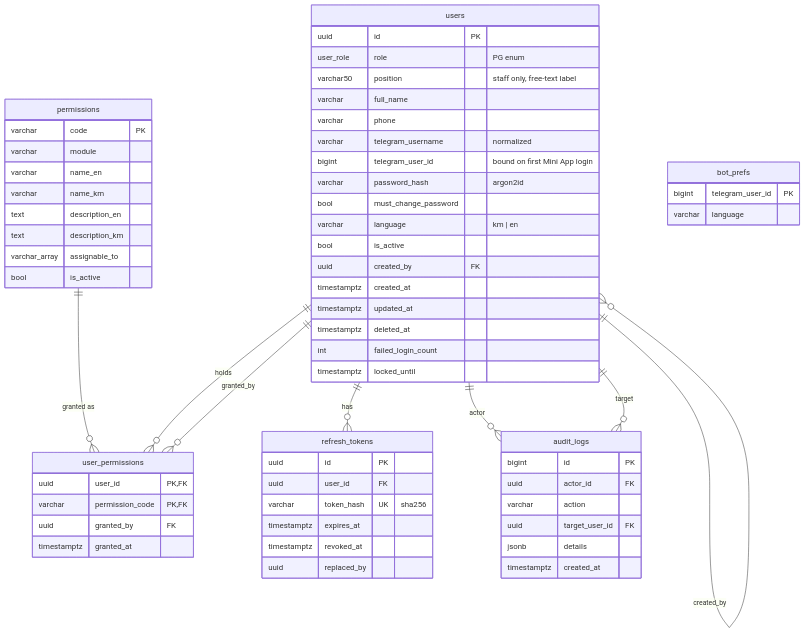
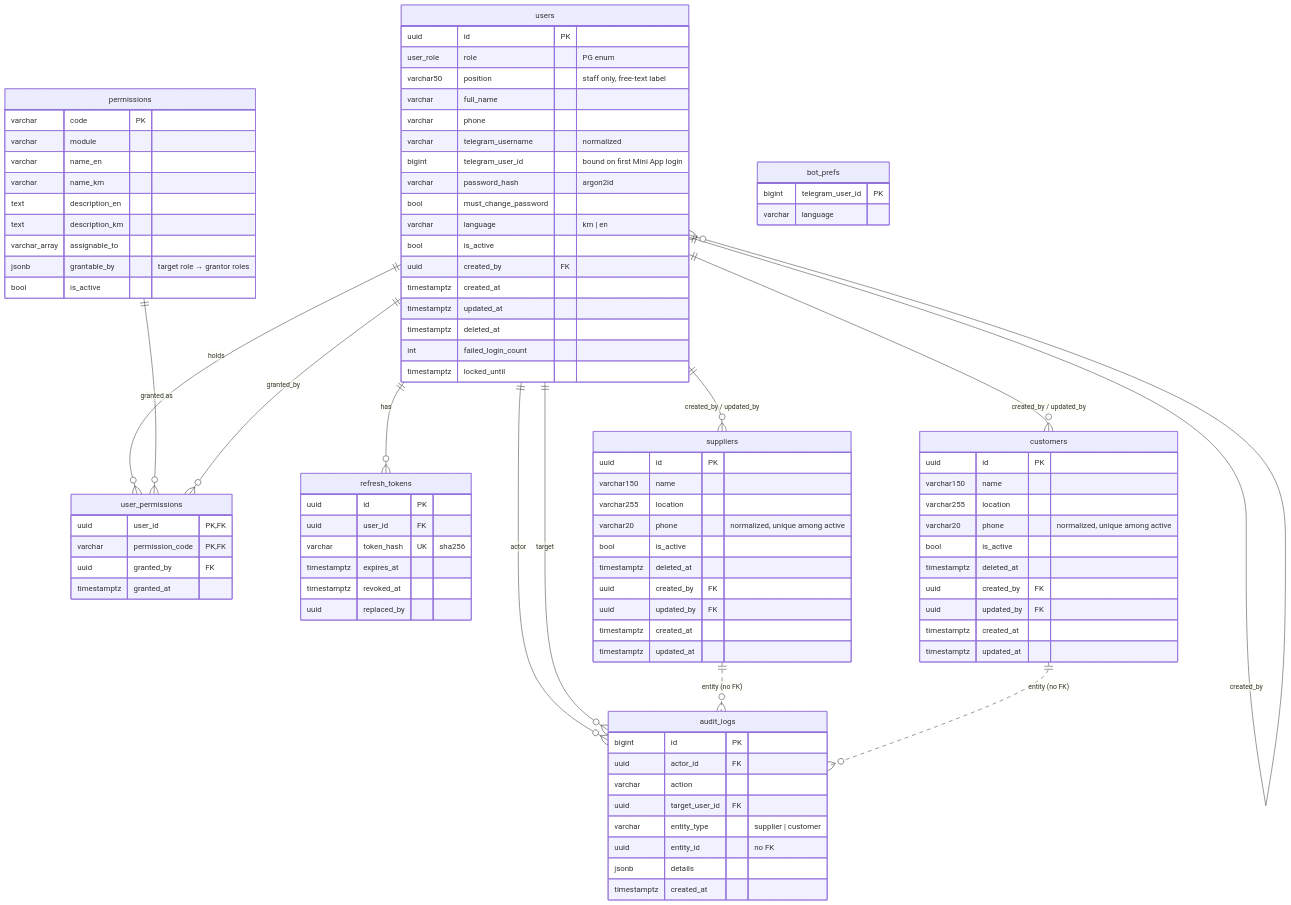
One commit to RathanakSeng/meanchey-grilled-chicken changed the fourth of 9 diagrams in meanchey-grilled-chicken-api/docs/ARCHITECTURE.md. Above: the diagram before and after it, drawn with Mermaid. The commit also changed other lines of this file and 88 other files, not shown here.

First line of the commit message:
<ADD><BOTH><ACCESS-CONTROL>: add suppliers/customers, feature access levels, hidden superadmin and role changes

```diff
--- a/meanchey-grilled-chicken-api/docs/ARCHITECTURE.md
+++ b/meanchey-grilled-chicken-api/docs/ARCHITECTURE.md
@@ -165,6 +172,10 @@
     users ||--o{ audit_logs : "actor"
     users ||--o{ audit_logs : "target"
     users ||--o{ users : "created_by"
+    users ||--o{ suppliers : "created_by / updated_by"
+    users ||--o{ customers : "created_by / updated_by"
+    suppliers ||..o{ audit_logs : "entity (no FK)"
+    customers ||..o{ audit_logs : "entity (no FK)"
 
     users {
         uuid id PK
@@ -193,6 +204,7 @@
         text description_en
         text description_km
         varchar_array assignable_to
+        jsonb grantable_by "target role → grantor roles"
         bool is_active
     }
     user_permissions {
@@ -214,8 +226,34 @@
         uuid actor_id FK
         varchar action
         uuid target_user_id FK
+        varchar entity_type "supplier | customer"
+        uuid entity_id "no FK"
         jsonb details
         timestamptz created_at
+    }
+    suppliers {
+        uuid id PK
+        varchar150 name
+        varchar255 location
+        varchar20 phone "normalized, unique among active"
+        bool is_active
+        timestamptz deleted_at
+        uuid created_by FK
+        uuid updated_by FK
+        timestamptz created_at
+        timestamptz updated_at
+    }
+    customers {
+        uuid id PK
+        varchar150 name
+        varchar255 location
+        varchar20 phone "normalized, unique among active"
+        bool is_active
+        timestamptz deleted_at
+        uuid created_by FK
+        uuid updated_by FK
+        timestamptz created_at
+        timestamptz updated_at
     }
     bot_prefs {
         bigint telegram_user_id PK
```
